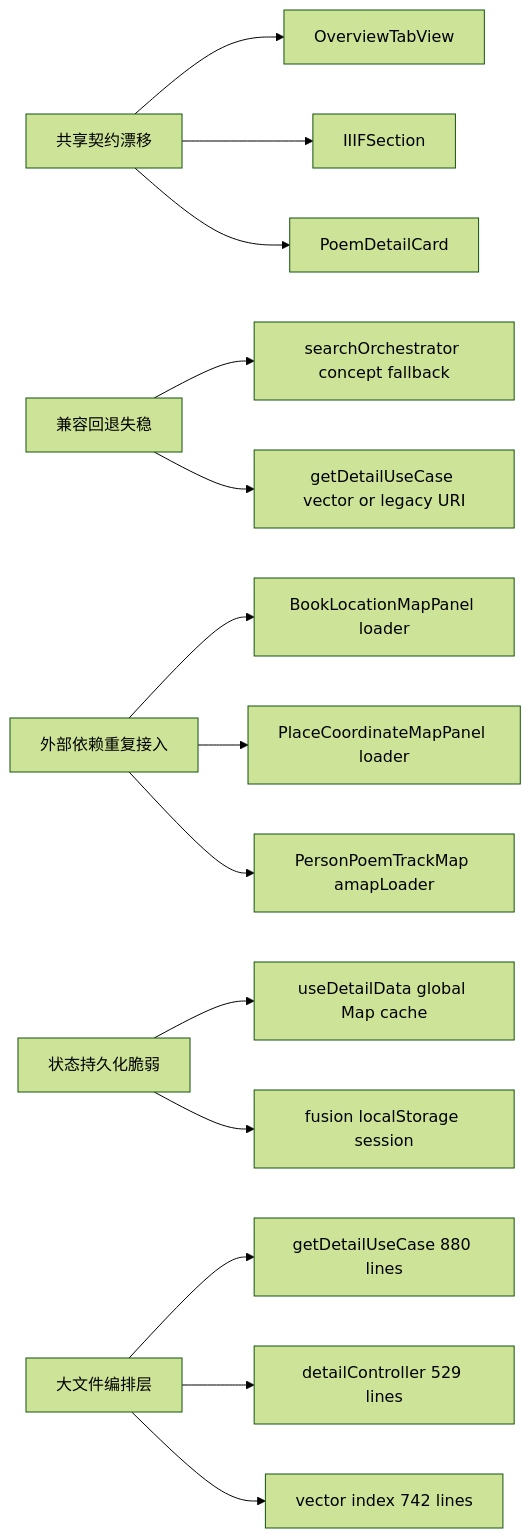
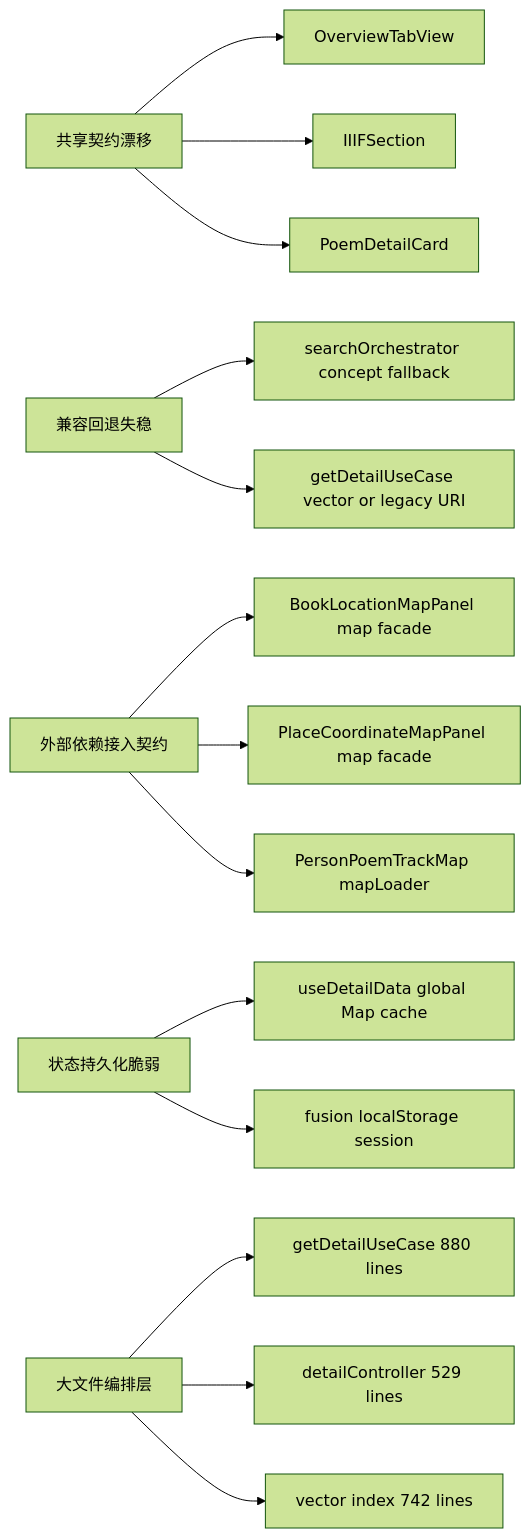
One commit to Harryleft/heluo-frontend changed the diagram in docs/analysis/current-feature-fragility-scan.md. Above: the diagram before and after it, drawn with Mermaid (forest theme). The commit also changed other lines of this file, not shown here.

Commit message:
docs(docs/analysis): refresh map fragility note

````diff
--- a/docs/analysis/current-feature-fragility-scan.md
+++ b/docs/analysis/current-feature-fragility-scan.md
@@ -50,16 +50,16 @@
 ```mermaid
 flowchart LR
     A[共享契约漂移] --> A1[OverviewTabView]
     A --> A2[IIIFSection]
     A --> A3[PoemDetailCard]
     B[兼容回退失稳] --> B1[searchOrchestrator concept fallback]
     B --> B2[getDetailUseCase vector or legacy URI]
-    C[外部依赖重复接入] --> C1[BookLocationMapPanel loader]
-    C --> C2[PlaceCoordinateMapPanel loader]
-    C --> C3[PersonPoemTrackMap amapLoader]
+    C[外部依赖接入契约] --> C1[BookLocationMapPanel map facade]
+    C --> C2[PlaceCoordinateMapPanel map facade]
+    C --> C3[PersonPoemTrackMap mapLoader]
     D[状态持久化脆弱] --> D1[useDetailData global Map cache]
     D --> D2[fusion localStorage session]
     E[大文件编排层] --> E1[getDetailUseCase 880 lines]
     E --> E2[detailController 529 lines]
     E --> E3[vector index 742 lines]
 ```
````
